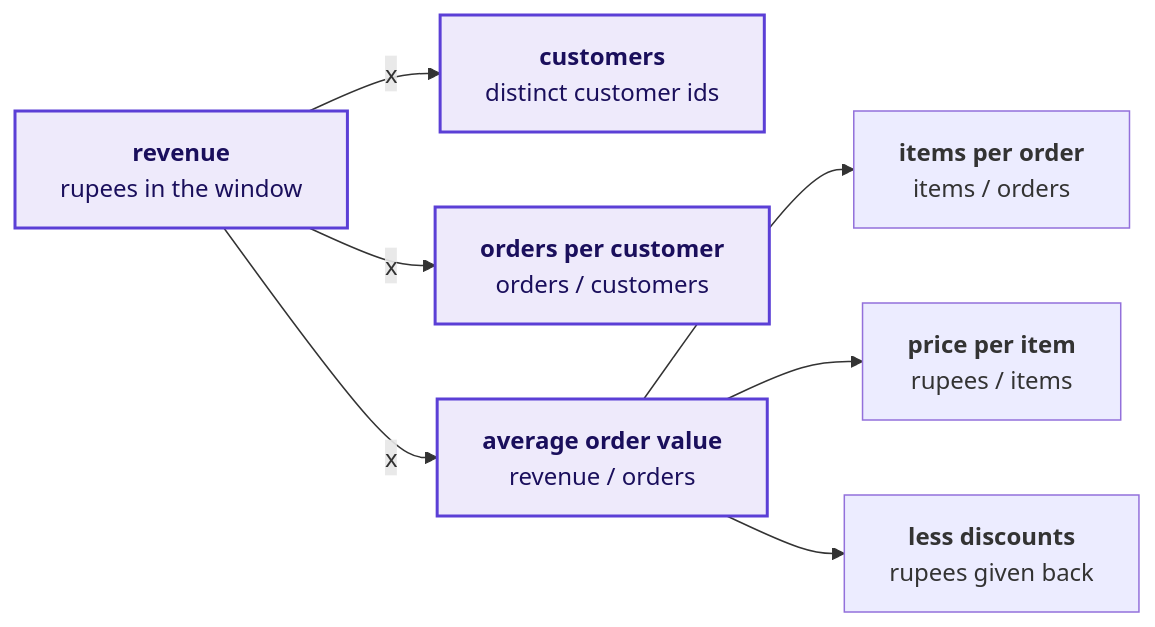
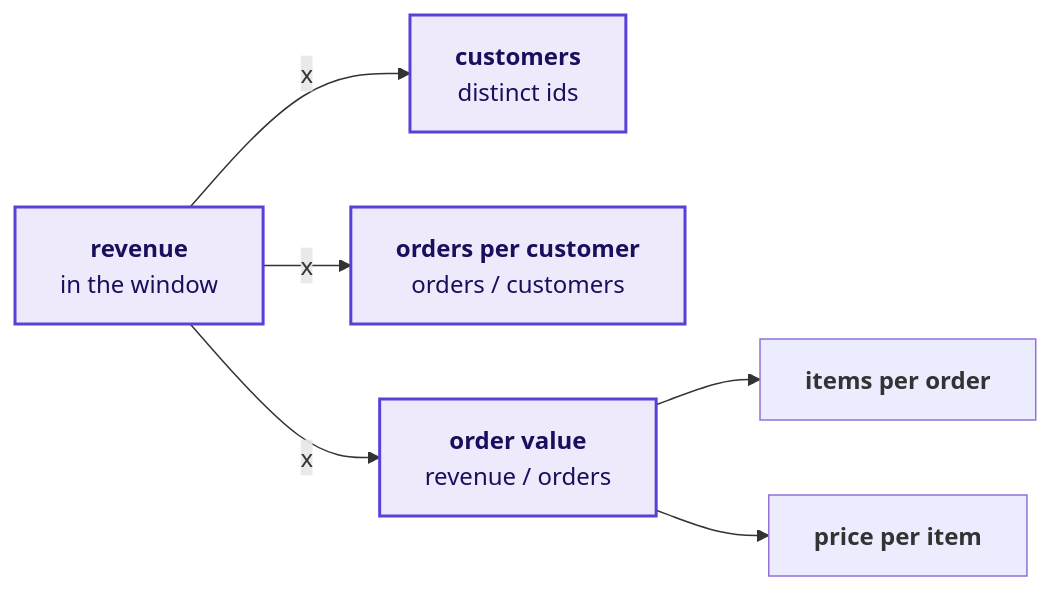
Diagram 13 of 21 in content/W03/D1/slides/C2_W03_D01_introduction_STUDENT.md (fde-academy-lab/c2-content-factory), drawn with Mermaid before and after one commit. The commit also changed other lines of this file and 2 other files, not shown here.

````diff
--- a/content/W03/D1/slides/C2_W03_D01_introduction_STUDENT.md
+++ b/content/W03/D1/slides/C2_W03_D01_introduction_STUDENT.md
@@ -329,11 +733,10 @@
 ```mermaid
 flowchart LR
-    R["<b>revenue</b><br/>rupees in the window"] -->|"x"| C["<b>customers</b><br/>distinct customer ids"]
+    R["<b>revenue</b><br/>in the window"] -->|"x"| C["<b>customers</b><br/>distinct ids"]
     R -->|"x"| F["<b>orders per customer</b><br/>orders / customers"]
-    R -->|"x"| A["<b>average order value</b><br/>revenue / orders"]
-    A --> I["<b>items per order</b><br/>items / orders"]
-    A --> P["<b>price per item</b><br/>rupees / items"]
-    A --> D["<b>less discounts</b><br/>rupees given back"]
+    R -->|"x"| A["<b>order value</b><br/>revenue / orders"]
+    A --> I["<b>items per order</b>"]
+    A --> P["<b>price per item</b>"]
     classDef known fill:#EEEAFB,stroke:#5B3FD6,color:#1A0F5C,stroke-width:2px
     class R,C,F,A known
 ```
````
